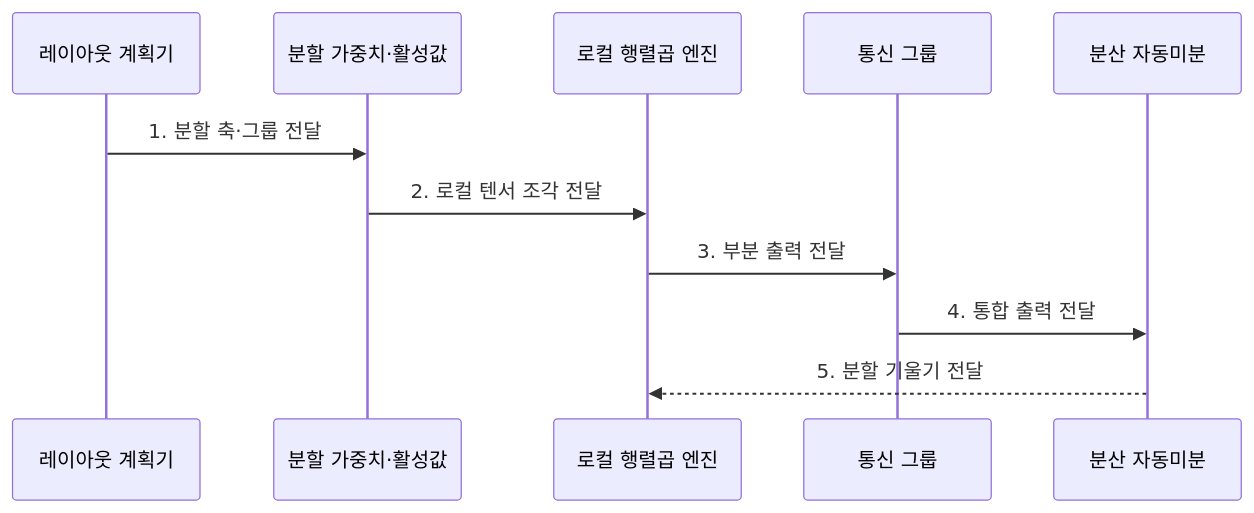
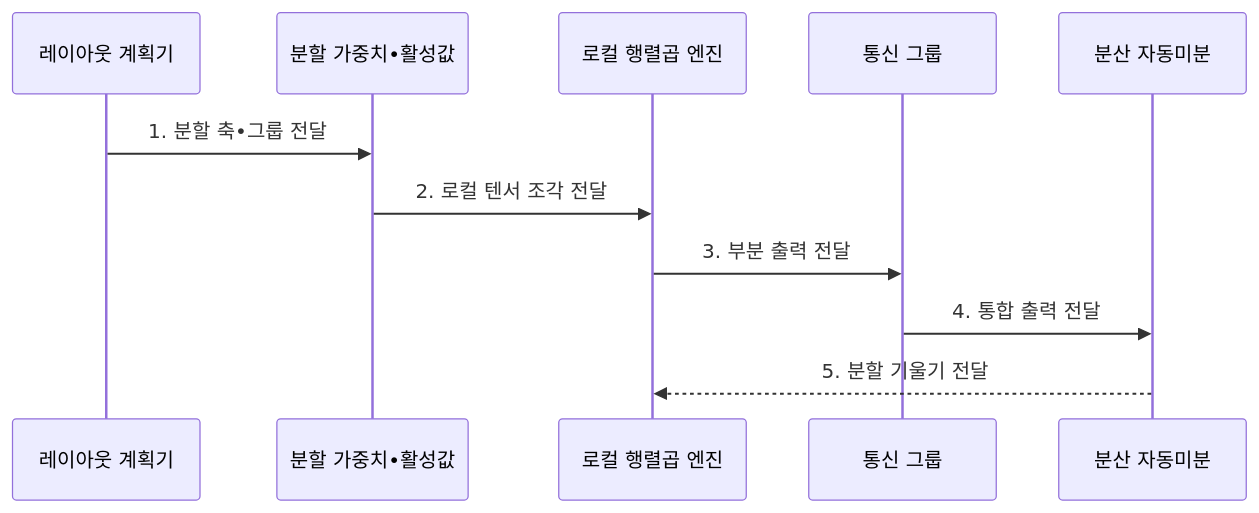
The second of 2 diagrams in src/content/docs/notes/08-latest-tech/157_tensor_parallelism.md (agnusdei1207/knowledge-base), drawn with Mermaid before and after one commit. The commit also changed other lines of this file and 953 other files, not shown here.

````diff
--- a/src/content/docs/notes/08-latest-tech/157_tensor_parallelism.md
+++ b/src/content/docs/notes/08-latest-tech/157_tensor_parallelism.md
@@ -105,13 +105,13 @@
 ```mermaid
 sequenceDiagram
     participant P as 레이아웃 계획기
-    participant W as 분할 가중치·활성값
+    participant W as 분할 가중치•활성값
     participant E as 로컬 행렬곱 엔진
     participant C as 통신 그룹
     participant A as 분산 자동미분
-    P->>W: 1. 분할 축·그룹 전달
+    P->>W: 1. 분할 축•그룹 전달
     W->>E: 2. 로컬 텐서 조각 전달
     E->>C: 3. 부분 출력 전달
     C->>A: 4. 통합 출력 전달
     A-->>E: 5. 분할 기울기 전달
 ```
````
